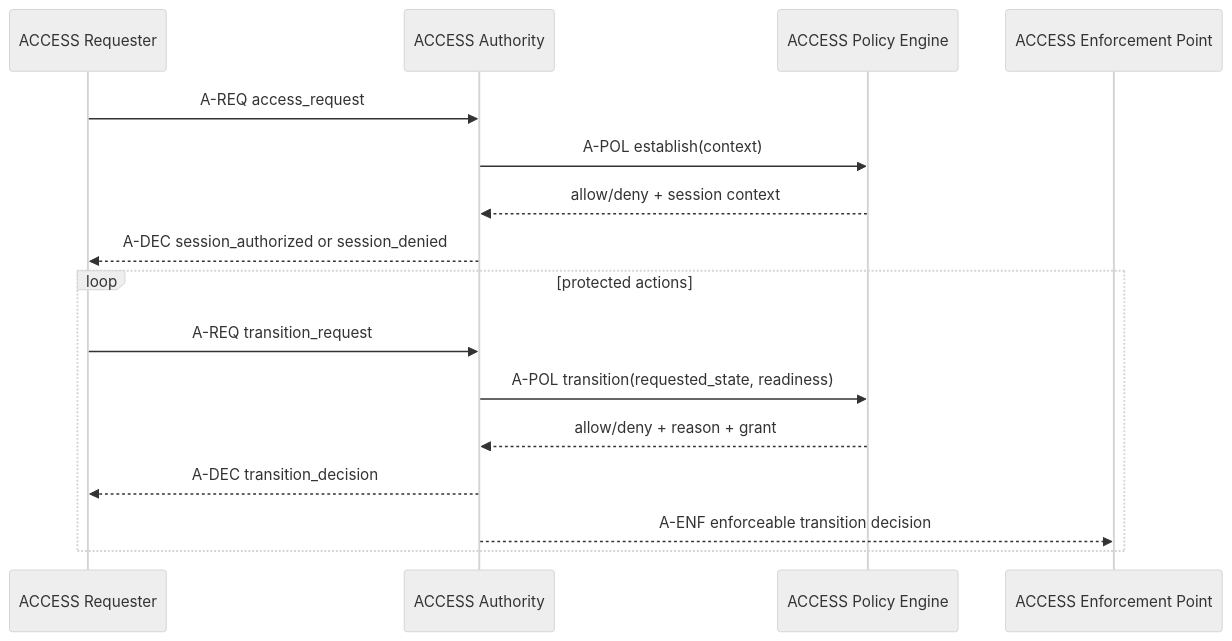
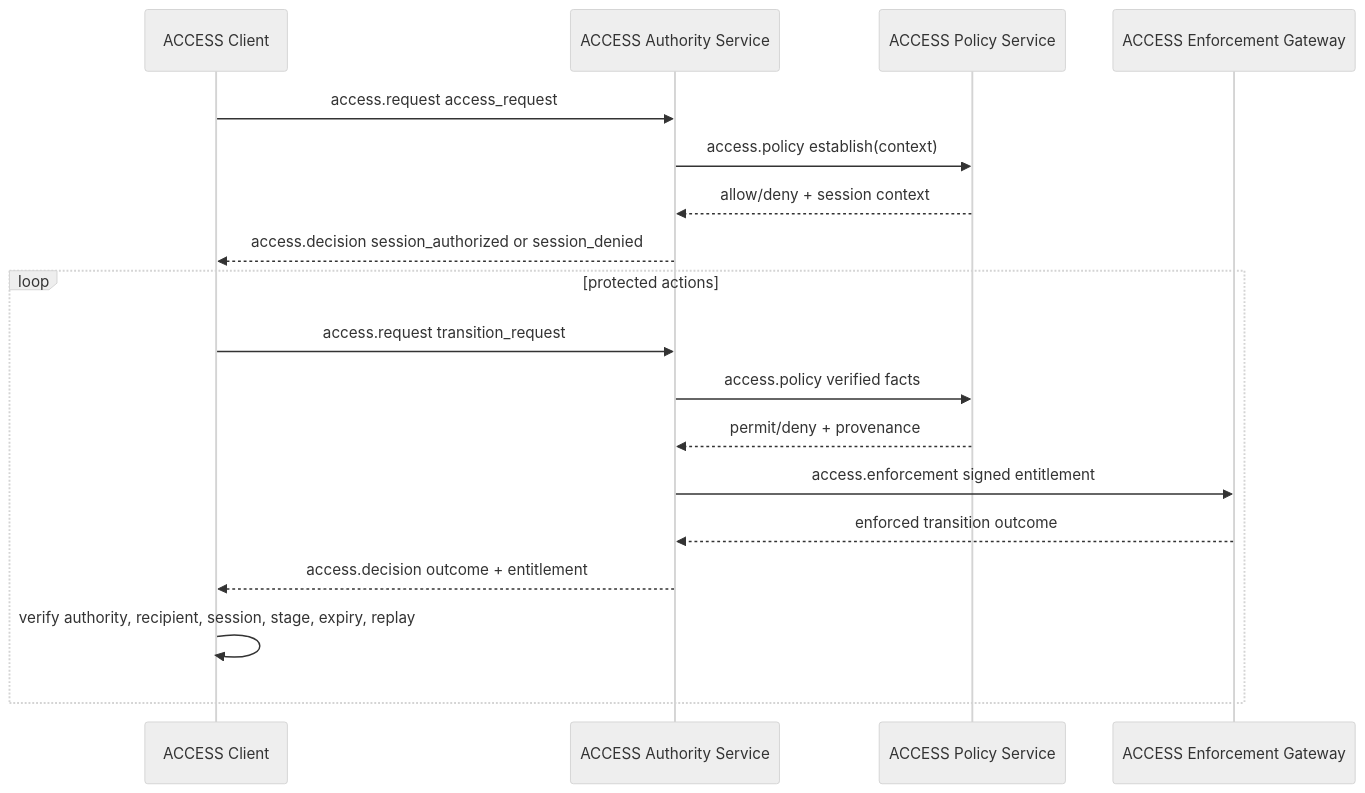
One commit to dboulet01/access changed the diagram in docs/access-protocol-flows.md. Above: the diagram before and after it, drawn with Mermaid (neutral theme). The commit also changed other lines of this file and 9 other files, not shown here.

````diff
--- a/docs/access-protocol-flows.md
+++ b/docs/access-protocol-flows.md
@@ -91,20 +55,22 @@
 ```mermaid
 sequenceDiagram
-  participant AR as ACCESS Requester
-  participant AA as ACCESS Authority
-  participant APE as ACCESS Policy Engine
-  participant AEP as ACCESS Enforcement Point
+  participant AC as ACCESS Client
+  participant AAS as ACCESS Authority Service
+  participant APS as ACCESS Policy Service
+  participant AEG as ACCESS Enforcement Gateway
 
-  AR->>AA: A-REQ access_request
-  AA->>APE: A-POL establish(context)
-  APE-->>AA: allow/deny + session context
-  AA-->>AR: A-DEC session_authorized or session_denied
+  AC->>AAS: access.request access_request
+  AAS->>APS: access.policy establish(context)
+  APS-->>AAS: allow/deny + session context
+  AAS-->>AC: access.decision session_authorized or session_denied
 
   loop protected actions
-    AR->>AA: A-REQ transition_request
-    AA->>APE: A-POL transition(requested_state, readiness)
-    APE-->>AA: allow/deny + reason + grant
-    AA-->>AR: A-DEC transition_decision
-    AA-->>AEP: A-ENF enforceable transition decision
+    AC->>AAS: access.request transition_request
+    AAS->>APS: access.policy verified facts
+    APS-->>AAS: permit/deny + provenance
+    AAS->>AEG: access.enforcement signed entitlement
+    AEG-->>AAS: enforced transition outcome
+    AAS-->>AC: access.decision outcome + entitlement
+    AC->>AC: verify authority, recipient, session, stage, expiry, replay
   end
 ```
````
